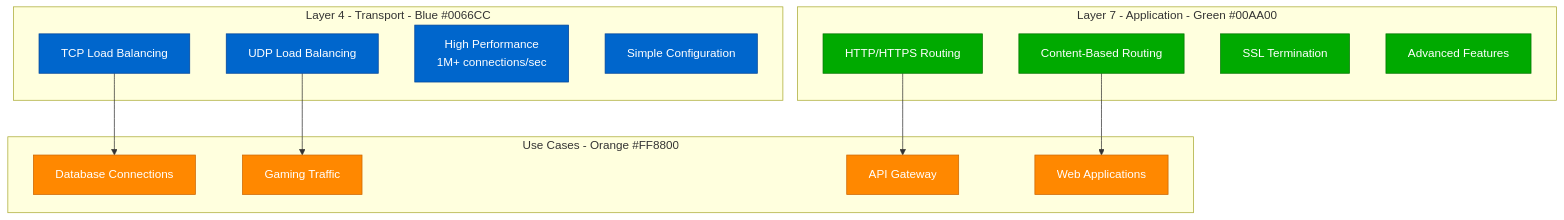
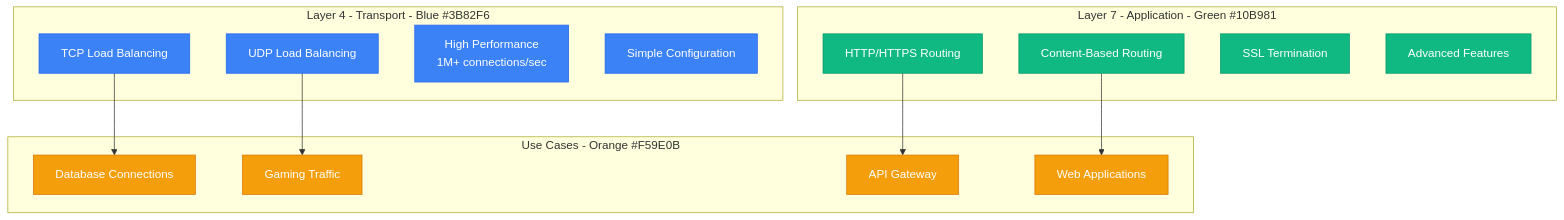
One commit to deepaucksharma/DS changed the second of 4 diagrams in site/docs/debugging/load-balancer-debugging.md. Above: the diagram before and after it, drawn with Mermaid. The commit also changed other lines of this file and 187 other files, not shown here.

````diff
--- a/site/docs/debugging/load-balancer-debugging.md
+++ b/site/docs/debugging/load-balancer-debugging.md
@@ -163,36 +163,36 @@
 ```mermaid
 graph TB
-    subgraph L4[Layer 4 - Transport - Blue #0066CC]
+    subgraph L4[Layer 4 - Transport - Blue #3B82F6]
         TCP[TCP Load Balancing]
         UDP[UDP Load Balancing]
         PERF[High Performance<br/>1M+ connections/sec]
         SIMPLE[Simple Configuration]
     end
 
-    subgraph L7[Layer 7 - Application - Green #00AA00]
+    subgraph L7[Layer 7 - Application - Green #10B981]
         HTTP[HTTP/HTTPS Routing]
         CONTENT[Content-Based Routing]
         SSL[SSL Termination]
         ADVANCED[Advanced Features]
     end
 
-    subgraph UseCase[Use Cases - Orange #FF8800]
+    subgraph UseCase[Use Cases - Orange #F59E0B]
         DATABASE[Database Connections]
         GAMING[Gaming Traffic]
         API[API Gateway]
         WEB[Web Applications]
     end
 
     TCP --> DATABASE
     UDP --> GAMING
     HTTP --> API
     CONTENT --> WEB
 
-    classDef l4Style fill:#0066CC,stroke:#004499,color:#fff
-    classDef l7Style fill:#00AA00,stroke:#007700,color:#fff
-    classDef usecaseStyle fill:#FF8800,stroke:#CC6600,color:#fff
+    classDef l4Style fill:#3B82F6,stroke:#2563EB,color:#fff
+    classDef l7Style fill:#10B981,stroke:#059669,color:#fff
+    classDef usecaseStyle fill:#F59E0B,stroke:#D97706,color:#fff
 
     class TCP,UDP,PERF,SIMPLE l4Style
     class HTTP,CONTENT,SSL,ADVANCED l7Style
     class DATABASE,GAMING,API,WEB usecaseStyle
 ```
````
